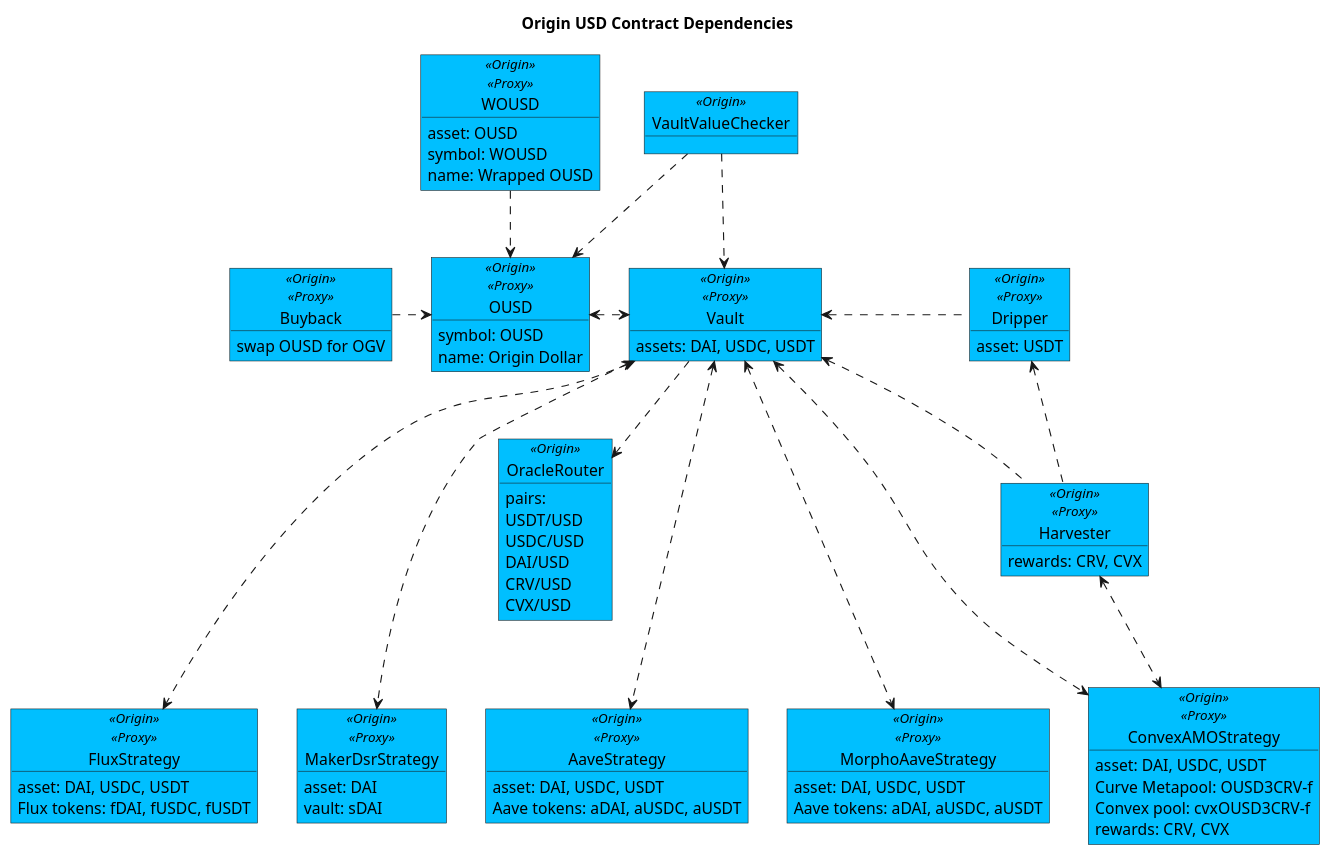
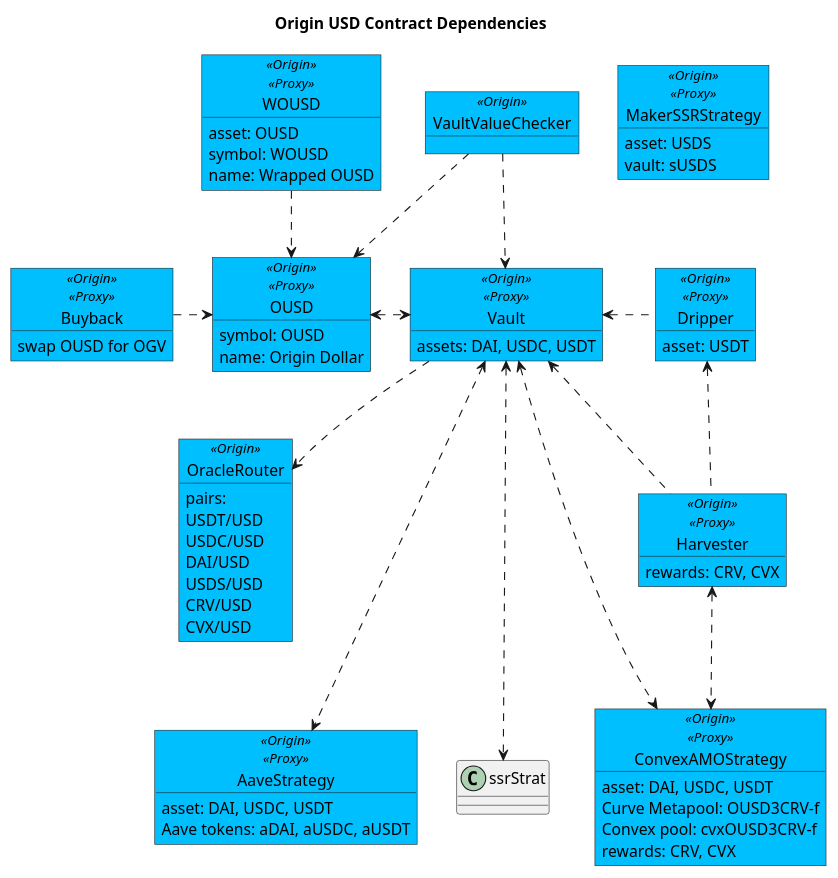
The diagram in contracts/docs/plantuml/ousdContracts.puml (OriginProtocol/origin-dollar), drawn with PlantUML before and after one commit. The commit also changed 23 other files, not shown here.

```diff
--- a/contracts/docs/plantuml/ousdContracts.puml
+++ b/contracts/docs/plantuml/ousdContracts.puml
@@ -1,125 +1,107 @@
 @startuml
 
 title "Origin USD Contract Dependencies"
 
 object "Dripper" as drip <<Origin>><<Proxy>> #DeepSkyBlue {
     asset: USDT
 }
 
 object "VaultValueChecker" as checker <<Origin>> #DeepSkyBlue {
 }
 
 object "WOUSD" as wousd <<Origin>><<Proxy>> #DeepSkyBlue {
     asset: OUSD
     symbol: WOUSD
     name: Wrapped OUSD
 }
 
 object "OUSD" as ousd <<Origin>><<Proxy>> #DeepSkyBlue {
     symbol: OUSD
     name: Origin Dollar
 }
 
 object "Vault" as vault <<Origin>><<Proxy>> #DeepSkyBlue {
     assets: DAI, USDC, USDT  
 }
 
 object "Harvester" as harv <<Origin>><<Proxy>> #DeepSkyBlue {
     rewards: CRV, CVX
 }
 
 object "Buyback" as buy <<Origin>><<Proxy>> #DeepSkyBlue {
 swap OUSD for OGV
 }
 
 ' Strategies
 object "AaveStrategy" as aaveStrat <<Origin>><<Proxy>> #DeepSkyBlue {
     asset: DAI, USDC, USDT
     Aave tokens: aDAI, aUSDC, aUSDT
     ' rewards: AAVE
 }
 ' object "CompoundStrategy" as compStrat <<Origin>><<Proxy>> #DeepSkyBlue {
 '     asset: DAI, USDC, USDT
 '     compound tokens: cDAI, cUSDC, cUSDT
     ' rewards: COMP
 ' }
 ' object "ConvexStrategy" as cvxStrat <<Origin>><<Proxy>> #DeepSkyBlue {
 '     asset: DAI, USDC, USDT
 '     Curve pool: 3Pool (3CRV)
 '     Convex pool: DAI+USDC+USDT
 '     rewards: CRV, CVX
 ' }
 object "ConvexAMOStrategy" as amoStrat <<Origin>><<Proxy>> #DeepSkyBlue {
     asset: DAI, USDC, USDT
     Curve Metapool: OUSD3CRV-f
     Convex pool: cvxOUSD3CRV-f
     rewards: CRV, CVX
 }
-' object "ConvexLUSDMetaStrategy" as cxvLusdStrat <<Origin>><<Proxy>> #DeepSkyBlue {
-'     asset: DAI, USDC, USDT
-'     Curve Metapool: LUSD3CRV-f
-'     Convex pool: cvxLUSD3CRV-f
-'     rewards: CRV, CVX
-' }
 ' object "MorphoCompoundStrategy" as morphCompStrat <<Origin>><<Proxy>> #DeepSkyBlue {
 '     asset: DAI, USDC, USDT
 '     Compound tokens: cDAI, cUSDC, cUSDT
     ' rewards: COMP
 ' }
-object "MorphoAaveStrategy" as morphAaveStrat <<Origin>><<Proxy>> #DeepSkyBlue {
-    asset: DAI, USDC, USDT
-    Aave tokens: aDAI, aUSDC, aUSDT
+' object "MorphoAaveStrategy" as morphAaveStrat <<Origin>><<Proxy>> #DeepSkyBlue {
+'     asset: DAI, USDC, USDT
+'     Aave tokens: aDAI, aUSDC, aUSDT
     ' rewards: AAVE
-}
+' }
 
-object "FluxStrategy" as fluxStrat <<Origin>><<Proxy>> #DeepSkyBlue {
-    asset: DAI, USDC, USDT
-    Flux tokens: fDAI, fUSDC, fUSDT
-}
-
-object "MakerDsrStrategy" as dsrStrat <<Origin>><<Proxy>> #DeepSkyBlue {
-    asset: DAI
-    vault: sDAI
+object "MakerSSRStrategy" as dsrStrat <<Origin>><<Proxy>> #DeepSkyBlue {
+    asset: USDS
+    vault: sUSDS
 }
 
 ' Oracle
 object "OracleRouter" as oracle <<Origin>> #DeepSkyBlue {
 pairs:
     USDT/USD
     USDC/USD
     DAI/USD
+    USDS/USD
     CRV/USD
     CVX/USD 
 }
 
 vault <. drip
 
 checker ..> ousd
 checker ..> vault
 
 vault <.. harv 
 
 wousd ..> ousd
 ousd <.> vault
 vault ..> oracle
 
 buy .> ousd
 
 ' Strategies
 vault <...> aaveStrat
-' vault <...> compStrat
-' vault <...> cvxStrat
 vault <...> amoStrat
-' vault <...> cxvLusdStrat
-' vault <...> morphCompStrat
-vault <...> morphAaveStrat
-vault <...> fluxStrat
-vault <...> dsrStrat
+vault <...> ssrStrat
 
 drip <.. harv
-' harv <..> cvxStrat
 harv <..> amoStrat
-' harv <..> cxvLusdStrat
 
 
 @enduml
```
